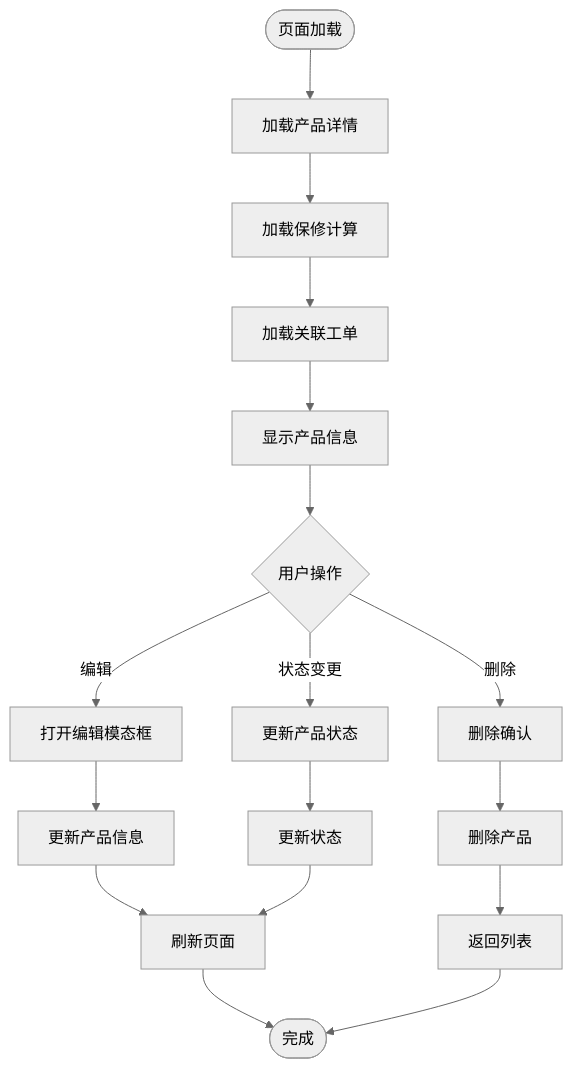
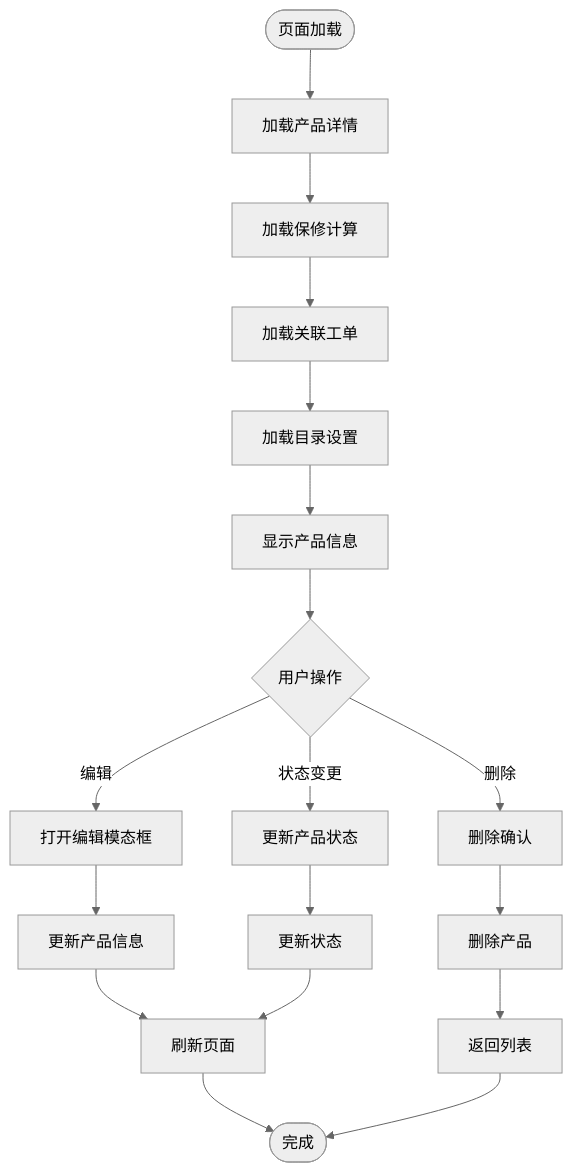
The fifth of 16 diagrams in .qoder/repowiki/zh/content/前端组件架构/产品管理界面/三层产品架构.md (CubeEdge/Longhorn), drawn with Mermaid (neutral theme) before and after one commit. The commit also changed other lines of this file and 53 other files, not shown here.

````diff
--- a/.qoder/repowiki/zh/content/前端组件架构/产品管理界面/三层产品架构.md
+++ b/.qoder/repowiki/zh/content/前端组件架构/产品管理界面/三层产品架构.md
@@ -243,19 +361,20 @@
 ```mermaid
 flowchart TD
 Start([页面加载]) --> LoadProduct[加载产品详情]
 LoadProduct --> LoadWarranty[加载保修计算]
 LoadWarranty --> LoadTickets[加载关联工单]
-LoadTickets --> Display[显示产品信息]
+LoadTickets --> LoadSettings[加载目录设置]
+LoadSettings --> Display[显示产品信息]
 Display --> UserAction{用户操作}
 UserAction --> |编辑| EditModal[打开编辑模态框]
 UserAction --> |删除| DeleteConfirm[删除确认]
 UserAction --> |状态变更| ChangeStatus[更新产品状态]
 EditModal --> UpdateProduct[更新产品信息]
 DeleteConfirm --> DeleteProduct[删除产品]
 ChangeStatus --> UpdateStatus[更新状态]
 UpdateProduct --> Refresh[刷新页面]
 DeleteProduct --> BackToList[返回列表]
 UpdateStatus --> Refresh
 Refresh --> End([完成])
 BackToList --> End
 ```
````
